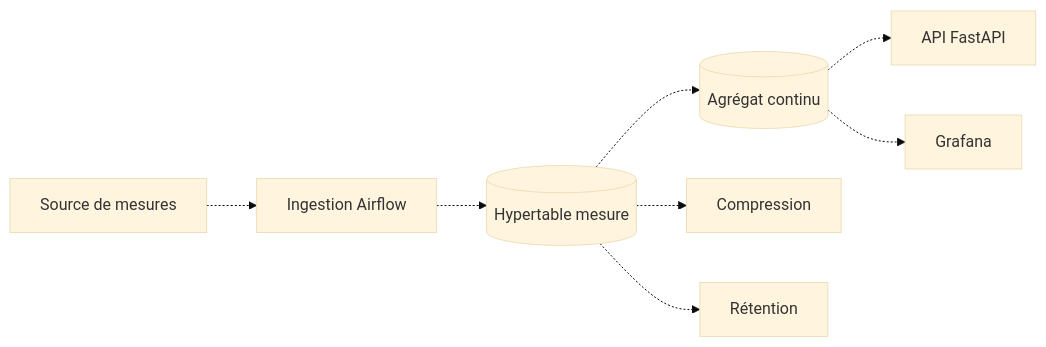
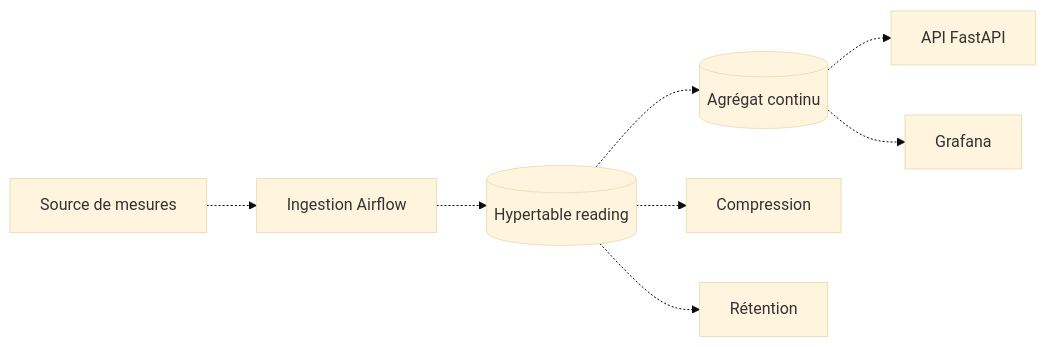
One commit to ineszang/ProjetPiscine_EnerVision changed the first of 2 diagrams in docs/architecture/40-data.md. Above: the diagram before and after it, drawn with Mermaid (base theme). The commit also changed other lines of this file, not shown here.

First line of the commit message:
docs(architecture): remet 40-data.md en accord avec le schema livre

````diff
--- a/docs/architecture/40-data.md
+++ b/docs/architecture/40-data.md
@@ -57,10 +59,10 @@
 ```mermaid
 flowchart LR
   src["Source de mesures"] -.-> ing["Ingestion Airflow"]
-  ing -.-> hy[("Hypertable mesure")]
+  ing -.-> hy[("Hypertable reading")]
   hy -.-> agg[("Agrégat continu")]
   hy -.-> comp["Compression"]
   hy -.-> ret["Rétention"]
   agg -.-> api["API FastAPI"]
   agg -.-> graf["Grafana"]
 ```
````
